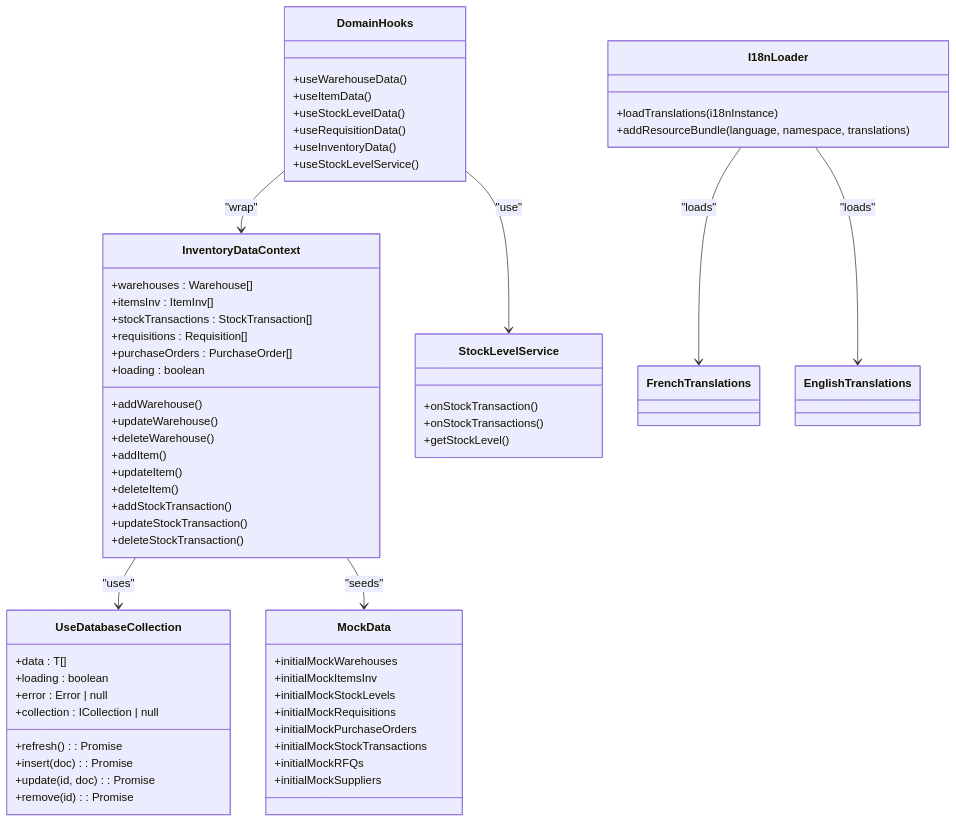
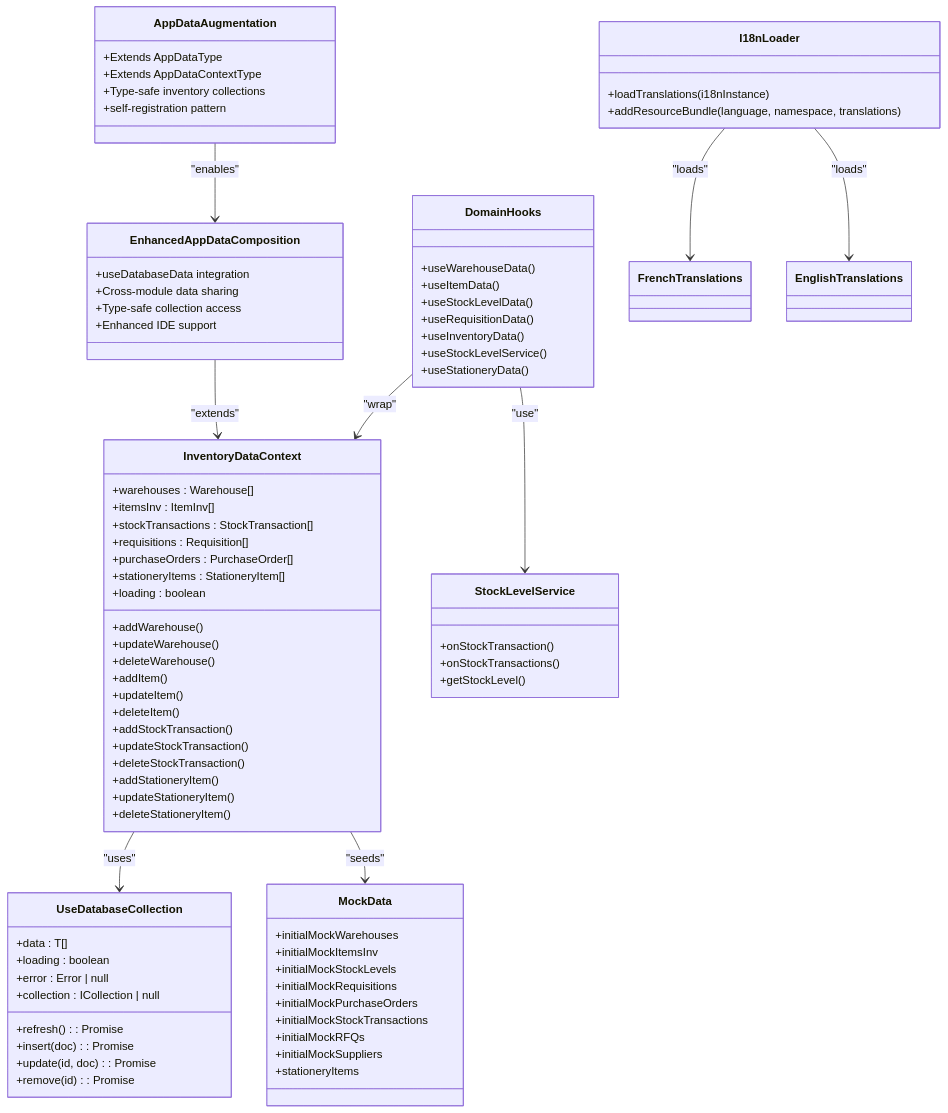
The ninth of 11 diagrams in .qoder/repowiki/en/content/Modules System/Inventory Module.md (geniusdynamics/schoolpilot), drawn with Mermaid before and after one commit. The commit also changed other lines of this file and 54 other files, not shown here.

````diff
--- a/.qoder/repowiki/en/content/Modules System/Inventory Module.md
+++ b/.qoder/repowiki/en/content/Modules System/Inventory Module.md
@@ -811,6 +1040,7 @@
 +stockTransactions : StockTransaction[]
 +requisitions : Requisition[]
 +purchaseOrders : PurchaseOrder[]
++stationeryItems : StationeryItem[]
 +loading : boolean
 +addWarehouse()
 +updateWarehouse()
@@ -821,6 +1051,9 @@
 +addStockTransaction()
 +updateStockTransaction()
 +deleteStockTransaction()
++addStationeryItem()
++updateStationeryItem()
++deleteStationeryItem()
 }
 class StockLevelService {
 +onStockTransaction()
@@ -844,6 +1077,7 @@
 +useRequisitionData()
 +useInventoryData()
 +useStockLevelService()
++useStationeryData()
 }
 class MockData {
 +initialMockWarehouses
@@ -854,10 +1088,23 @@
 +initialMockStockTransactions
 +initialMockRFQs
 +initialMockSuppliers
++stationeryItems
 }
 class I18nLoader {
 +loadTranslations(i18nInstance)
 +addResourceBundle(language, namespace, translations)
+}
+class AppDataAugmentation {
++Extends AppDataType
++Extends AppDataContextType
++Type-safe inventory collections
++self-registration pattern
+}
+class EnhancedAppDataComposition {
++useDatabaseData integration
++Cross-module data sharing
++Type-safe collection access
++Enhanced IDE support
 }
 InventoryDataContext --> UseDatabaseCollection : "uses"
 InventoryDataContext --> MockData : "seeds"
@@ -865,4 +1112,6 @@
 DomainHooks --> StockLevelService : "use"
 I18nLoader --> FrenchTranslations : "loads"
 I18nLoader --> EnglishTranslations : "loads"
+AppDataAugmentation --> EnhancedAppDataComposition : "enables"
+EnhancedAppDataComposition --> InventoryDataContext : "extends"
 ```
````
